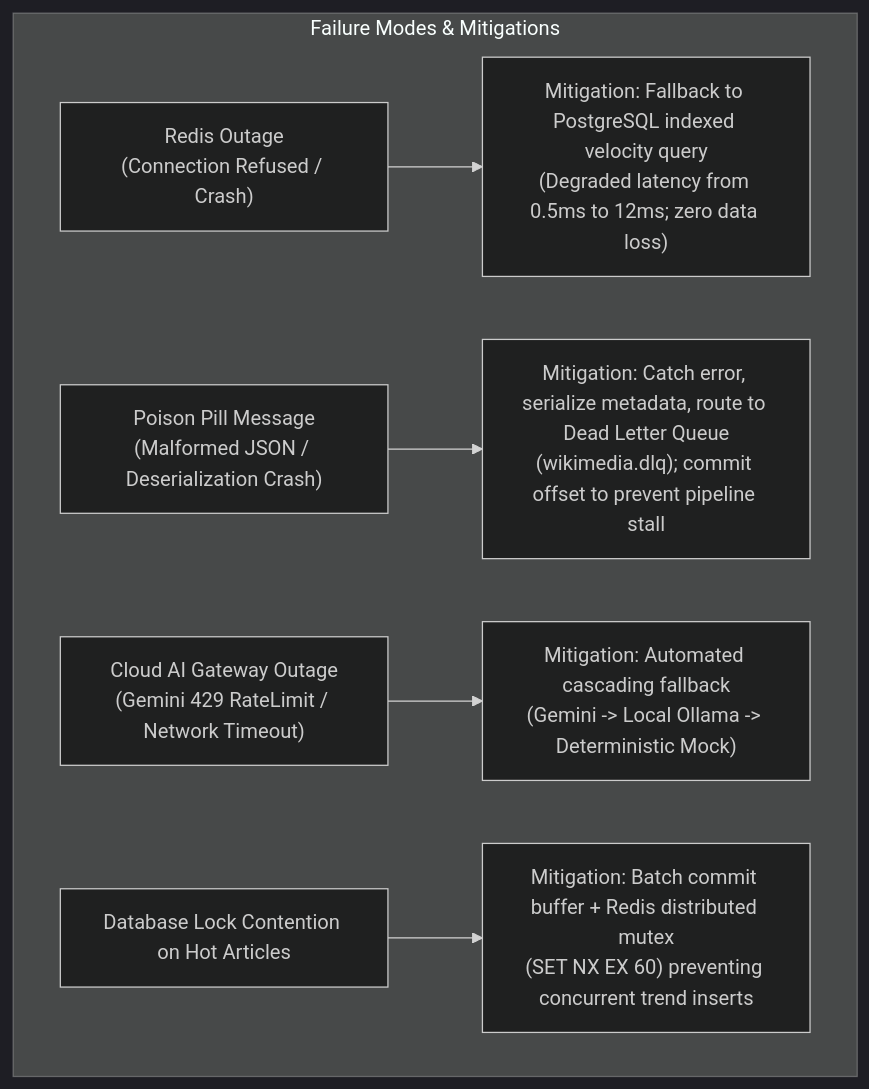
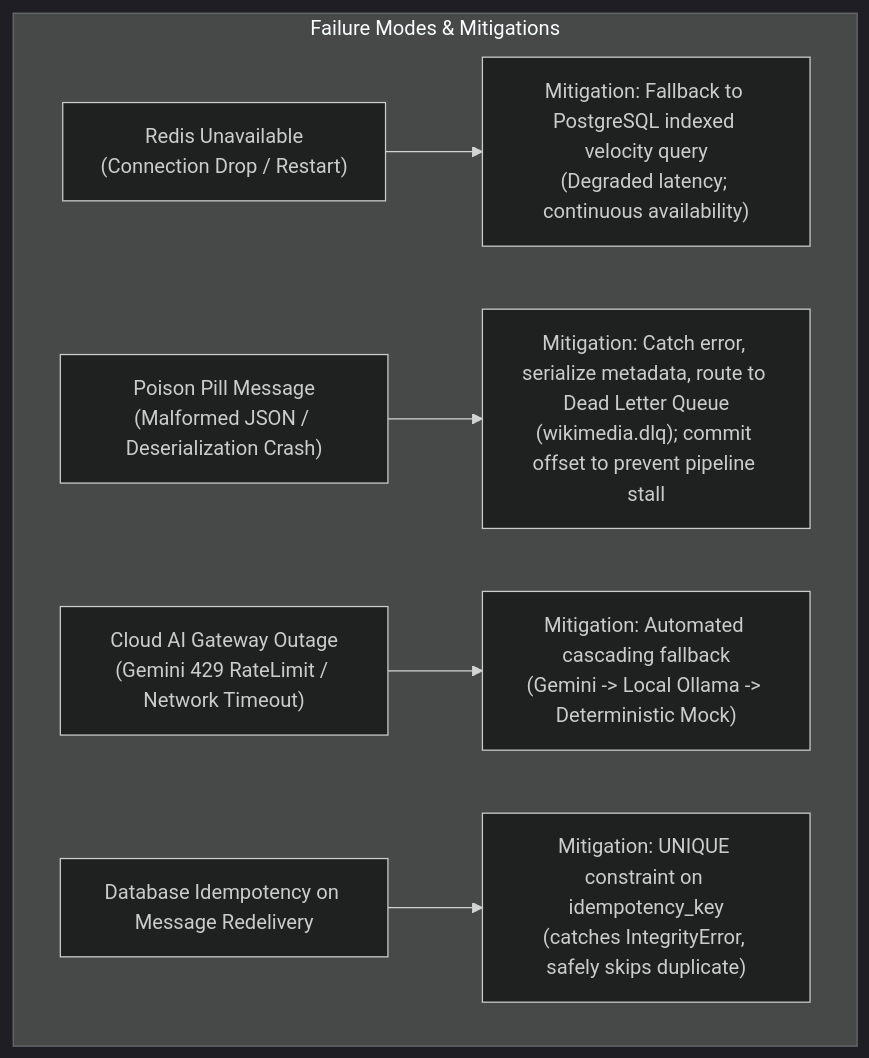
One commit to Ramakrishnan-2002/NexusAI changed the diagram in docs/mastery/SYSTEM_DESIGN.md. Above: the diagram before and after it, drawn with Mermaid (dark theme). The commit also changed other lines of this file and 3 other files, not shown here.

````diff
--- a/docs/mastery/SYSTEM_DESIGN.md
+++ b/docs/mastery/SYSTEM_DESIGN.md
@@ -70,12 +66,12 @@
 ```mermaid
 flowchart TD
     subgraph Failures ["Failure Modes & Mitigations"]
-        F1["Redis Outage\n(Connection Refused / Crash)"] --> M1["Mitigation: Fallback to PostgreSQL indexed velocity query\n(Degraded latency from 0.5ms to 12ms; zero data loss)"]
+        F1["Redis Unavailable\n(Connection Drop / Restart)"] --> M1["Mitigation: Fallback to PostgreSQL indexed velocity query\n(Degraded latency; continuous availability)"]
         
         F2["Poison Pill Message\n(Malformed JSON / Deserialization Crash)"] --> M2["Mitigation: Catch error, serialize metadata, route to Dead Letter Queue\n(wikimedia.dlq); commit offset to prevent pipeline stall"]
         
         F3["Cloud AI Gateway Outage\n(Gemini 429 RateLimit / Network Timeout)"] --> M3["Mitigation: Automated cascading fallback\n(Gemini -> Local Ollama -> Deterministic Mock)"]
         
-        F4["Database Lock Contention on Hot Articles"] --> M4["Mitigation: Batch commit buffer + Redis distributed mutex\n(SET NX EX 60) preventing concurrent trend inserts"]
+        F4["Database Idempotency on Message Redelivery"] --> M4["Mitigation: UNIQUE constraint on idempotency_key\n(catches IntegrityError, safely skips duplicate)"]
     end
 ```
````
